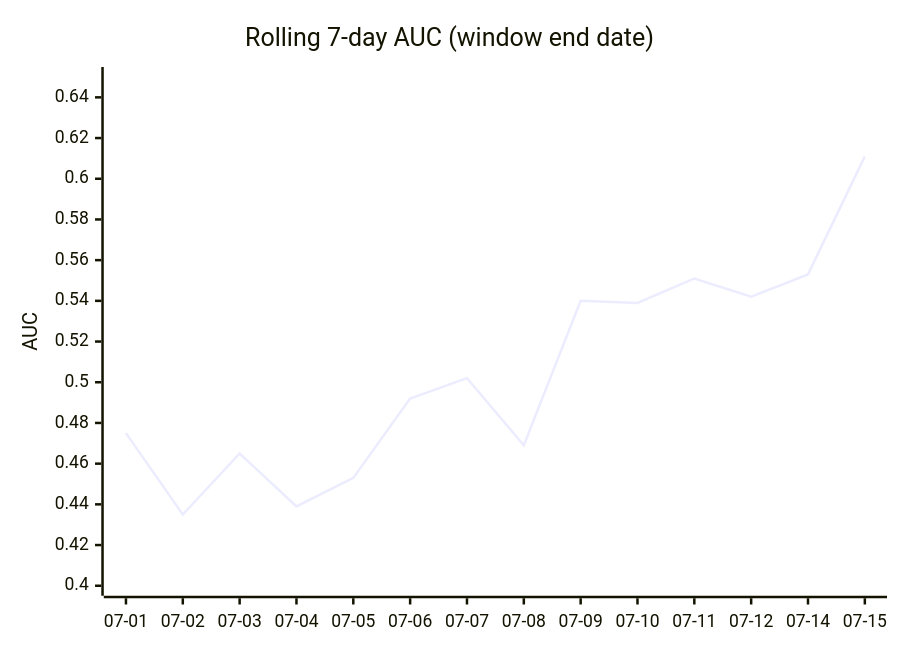
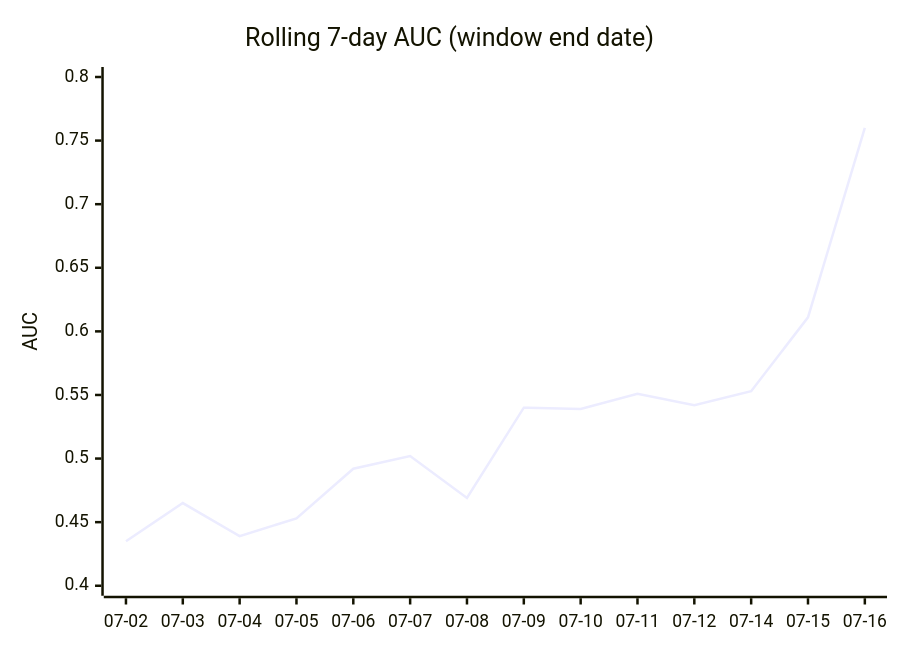
One commit to dpk1212/nhl-savant changed the fourth of 5 diagrams in DAILY_AGSU_REPORT.md. Above: the diagram before and after it, drawn with Mermaid. The commit also changed other lines of this file, not shown here.

````diff
--- a/DAILY_AGSU_REPORT.md
+++ b/DAILY_AGSU_REPORT.md
@@ -700,7 +711,7 @@
 ```mermaid
 xychart-beta
     title "Rolling 7-day AUC (window end date)"
-    x-axis ["07-01", "07-02", "07-03", "07-04", "07-05", "07-06", "07-07", "07-08", "07-09", "07-10", "07-11", "07-12", "07-14", "07-15"]
-    y-axis "AUC" 0.4 --> 0.65
-    line [0.475, 0.435, 0.465, 0.439, 0.453, 0.492, 0.502, 0.469, 0.54, 0.539, 0.551, 0.542, 0.553, 0.611]
+    x-axis ["07-02", "07-03", "07-04", "07-05", "07-06", "07-07", "07-08", "07-09", "07-10", "07-11", "07-12", "07-14", "07-15", "07-16"]
+    y-axis "AUC" 0.4 --> 0.8
+    line [0.435, 0.465, 0.439, 0.453, 0.492, 0.502, 0.469, 0.54, 0.539, 0.551, 0.542, 0.553, 0.611, 0.76]
 ```
````
